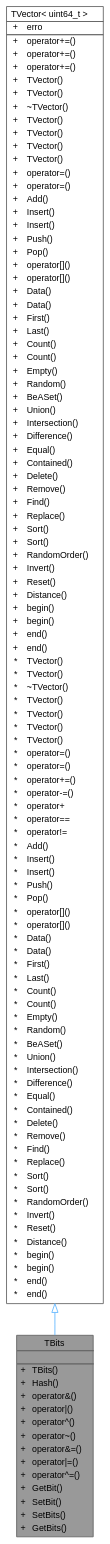
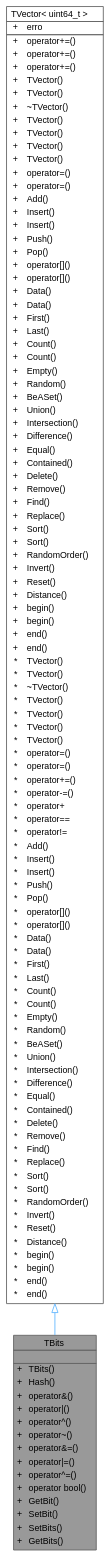
One commit to jcoelho72/TProcura changed the diagram in classTBits__inherit__graph.dot. Above: the diagram before and after it, drawn with Graphviz. The commit also changed 34 other files, not shown here.

```diff
--- a/classTBits__inherit__graph.dot
+++ b/classTBits__inherit__graph.dot
@@ -17,6 +17,7 @@
 <TR><TD VALIGN="top" CELLPADDING="1" CELLSPACING="0">+</TD><TD VALIGN="top" ALIGN="LEFT" CELLPADDING="1" CELLSPACING="0">operator&amp;=()<BR ALIGN="LEFT"/></TD></TR>
 <TR><TD VALIGN="top" CELLPADDING="1" CELLSPACING="0">+</TD><TD VALIGN="top" ALIGN="LEFT" CELLPADDING="1" CELLSPACING="0">operator|=()<BR ALIGN="LEFT"/></TD></TR>
 <TR><TD VALIGN="top" CELLPADDING="1" CELLSPACING="0">+</TD><TD VALIGN="top" ALIGN="LEFT" CELLPADDING="1" CELLSPACING="0">operator^=()<BR ALIGN="LEFT"/></TD></TR>
+<TR><TD VALIGN="top" CELLPADDING="1" CELLSPACING="0">+</TD><TD VALIGN="top" ALIGN="LEFT" CELLPADDING="1" CELLSPACING="0">operator bool()<BR ALIGN="LEFT"/></TD></TR>
 <TR><TD VALIGN="top" CELLPADDING="1" CELLSPACING="0">+</TD><TD VALIGN="top" ALIGN="LEFT" CELLPADDING="1" CELLSPACING="0">GetBit()<BR ALIGN="LEFT"/></TD></TR>
 <TR><TD VALIGN="top" CELLPADDING="1" CELLSPACING="0">+</TD><TD VALIGN="top" ALIGN="LEFT" CELLPADDING="1" CELLSPACING="0">SetBit()<BR ALIGN="LEFT"/></TD></TR>
 <TR><TD VALIGN="top" CELLPADDING="1" CELLSPACING="0">+</TD><TD VALIGN="top" ALIGN="LEFT" CELLPADDING="1" CELLSPACING="0">SetBits()<BR ALIGN="LEFT"/></TD></TR>
```
